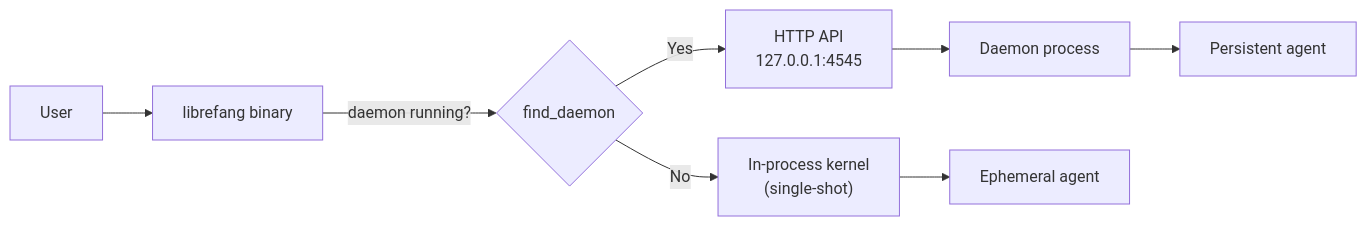
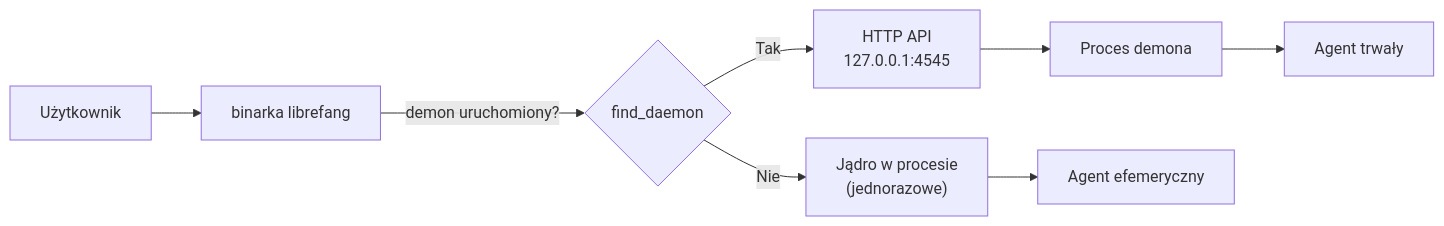
Before and after one commit to leszek3737/librefang-WIki: the first of 4 diagrams in crates-librefang-cli.md, drawn with Mermaid. The commit also changed other lines of this file and 104 other files, not shown here.

````diff
--- a/crates-librefang-cli.md
+++ b/crates-librefang-cli.md
@@ -14,10 +14,10 @@
 ```mermaid
 flowchart LR
-    User[User] --> CLI[librefang binary]
-    CLI -->|"daemon running?"| Check{find_daemon}
-    Check -->|Yes| HTTP["HTTP API<br/>127.0.0.1:4545"]
-    Check -->|No| Kernel["In-process kernel<br/>(single-shot)"]
-    HTTP --> Daemon[Daemon process]
-    Kernel --> Agent1[Ephemeral agent]
-    Daemon --> Agent2[Persistent agent]
+    User[Użytkownik] --> CLI[binarka librefang]
+    CLI -->|"demon uruchomiony?"| Check{find_daemon}
+    Check -->|Tak| HTTP["HTTP API<br/>127.0.0.1:4545"]
+    Check -->|Nie| Kernel["Jądro w procesie<br/>(jednorazowe)"]
+    HTTP --> Daemon[Proces demona]
+    Kernel --> Agent1[Agent efemeryczny]
+    Daemon --> Agent2[Agent trwały]
 ```
````
